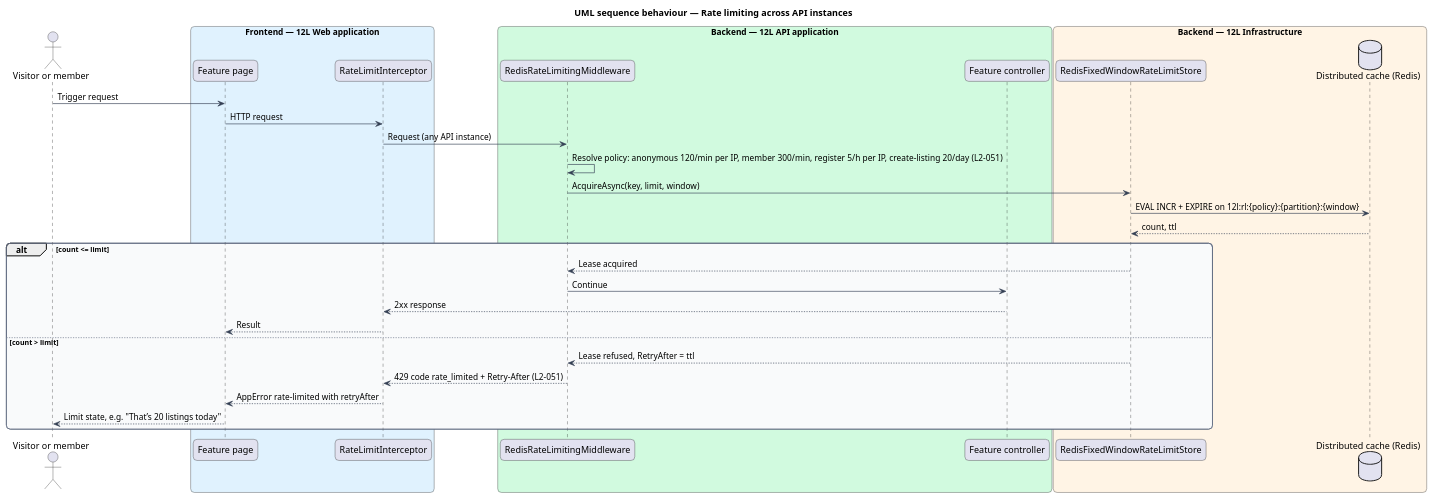
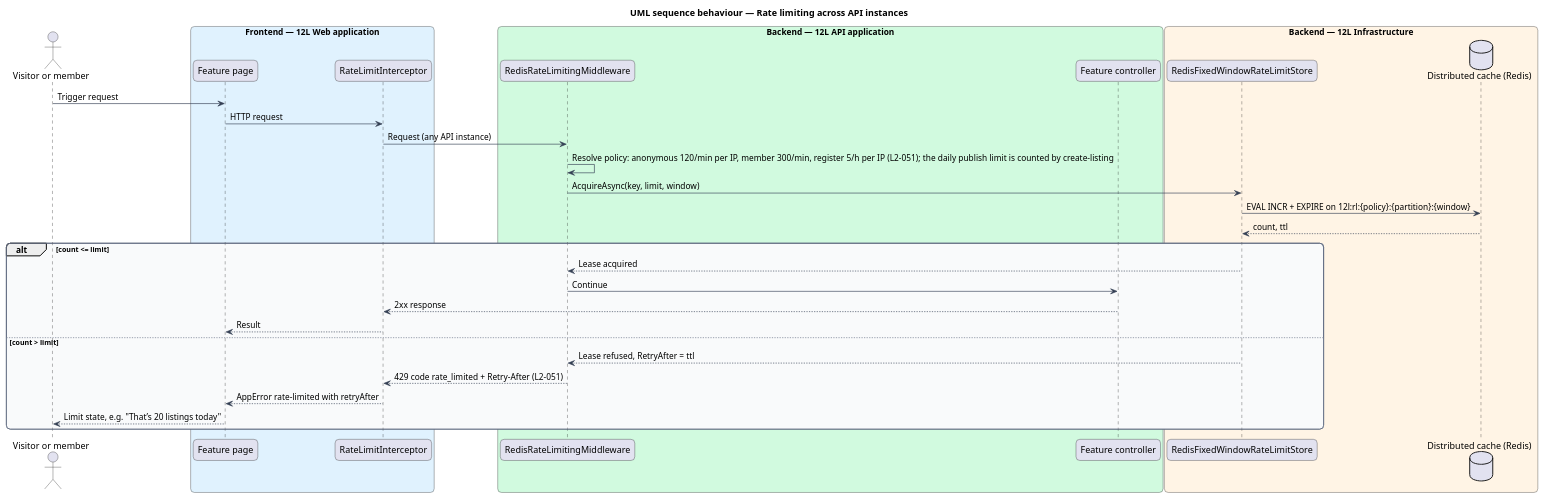
The diagram in docs/detailed-designs/platform/harden-http-and-api/diagrams/sequence-rate-limit.puml (QuinntyneBrown/12l), drawn with PlantUML before and after one commit. The commit also changed 89 other files, not shown here.

First line of the commit message:
Document create-listing and sign-up-and-sign-in: designs, ADRs, design system, estimates

```diff
--- a/docs/detailed-designs/platform/harden-http-and-api/diagrams/sequence-rate-limit.puml
+++ b/docs/detailed-designs/platform/harden-http-and-api/diagrams/sequence-rate-limit.puml
@@ -1,48 +1,48 @@
 @startuml
 title UML sequence behaviour — Rate limiting across API instances
 skinparam backgroundColor #FFFFFF
 skinparam shadowing false
 skinparam roundcorner 12
 skinparam defaultFontName Arial
 skinparam ArrowColor #344054
 skinparam rectangle {
   BorderColor #344054
   FontColor #101828
 }
 skinparam package {
   BorderColor #667085
   FontColor #101828
   BackgroundColor #F9FAFB
 }
 actor "Visitor or member" as actor
 box "Frontend — 12L Web application" #E0F2FE
   participant "Feature page" as page
   participant "RateLimitInterceptor" as rli
 end box
 box "Backend — 12L API application" #D1FADF
   participant "RedisRateLimitingMiddleware" as mw
   participant "Feature controller" as ctrl
 end box
 box "Backend — 12L Infrastructure" #FFF4E5
   participant "RedisFixedWindowRateLimitStore" as store
   database "Distributed cache (Redis)" as redis
 end box
 actor -> page : Trigger request
 page -> rli : HTTP request
 rli -> mw : Request (any API instance)
-mw -> mw : Resolve policy: anonymous 120/min per IP, member 300/min, register 5/h per IP, create-listing 20/day (L2-051)
+mw -> mw : Resolve policy: anonymous 120/min per IP, member 300/min, register 5/h per IP (L2-051); the daily publish limit is counted by create-listing
 mw -> store : AcquireAsync(key, limit, window)
 store -> redis : EVAL INCR + EXPIRE on 12l:rl:{policy}:{partition}:{window}
 redis --> store : count, ttl
 alt count <= limit
   store --> mw : Lease acquired
   mw -> ctrl : Continue
   ctrl --> rli : 2xx response
   rli --> page : Result
 else count > limit
   store --> mw : Lease refused, RetryAfter = ttl
   mw --> rli : 429 code rate_limited + Retry-After (L2-051)
   rli --> page : AppError rate-limited with retryAfter
   page --> actor : Limit state, e.g. "That’s 20 listings today"
 end
 @enduml
```
